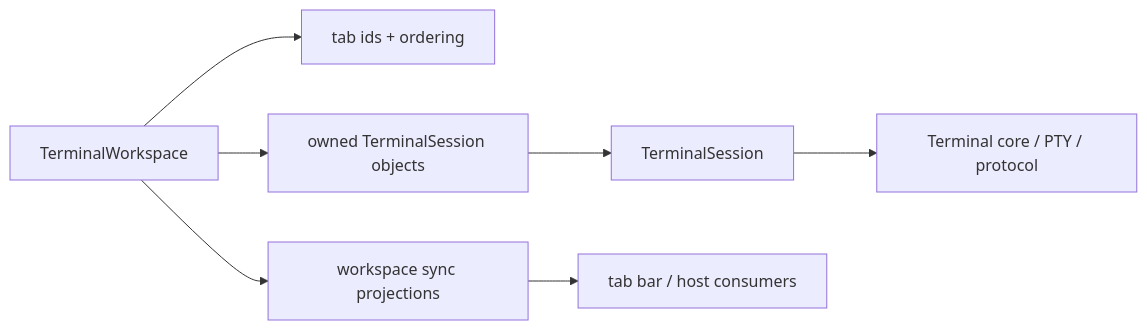
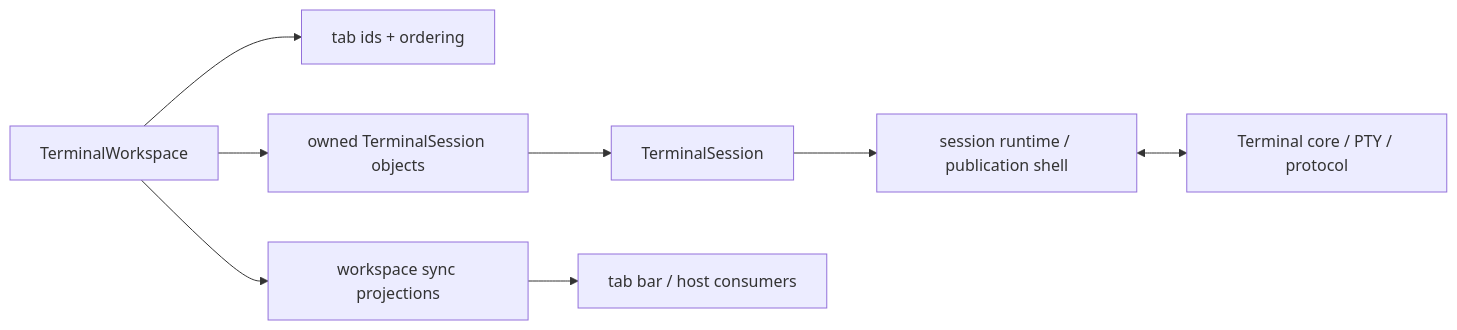
One commit to LaurenceGuws/Zide changed the first of 3 diagrams in app_architecture/terminal/TERMINAL_WORKSPACE.md. Above: the diagram before and after it, drawn with Mermaid. The commit also changed other lines of this file and 2 other files, not shown here.

Commit message:
Polish terminal baseline authority docs

````diff
--- a/app_architecture/terminal/TERMINAL_WORKSPACE.md
+++ b/app_architecture/terminal/TERMINAL_WORKSPACE.md
@@ -11,9 +17,10 @@
 ```mermaid
 flowchart LR
     Workspace[TerminalWorkspace] --> Tabs[tab ids + ordering]
     Workspace --> Sessions[owned TerminalSession objects]
     Sessions --> Session[TerminalSession]
-    Session --> Core[Terminal core / PTY / protocol]
+    Session --> Runtime[session runtime / publication shell]
+    Runtime <--> Core[Terminal core / PTY / protocol]
     Workspace --> Sync[workspace sync projections]
     Sync --> UI[tab bar / host consumers]
 ```
````
